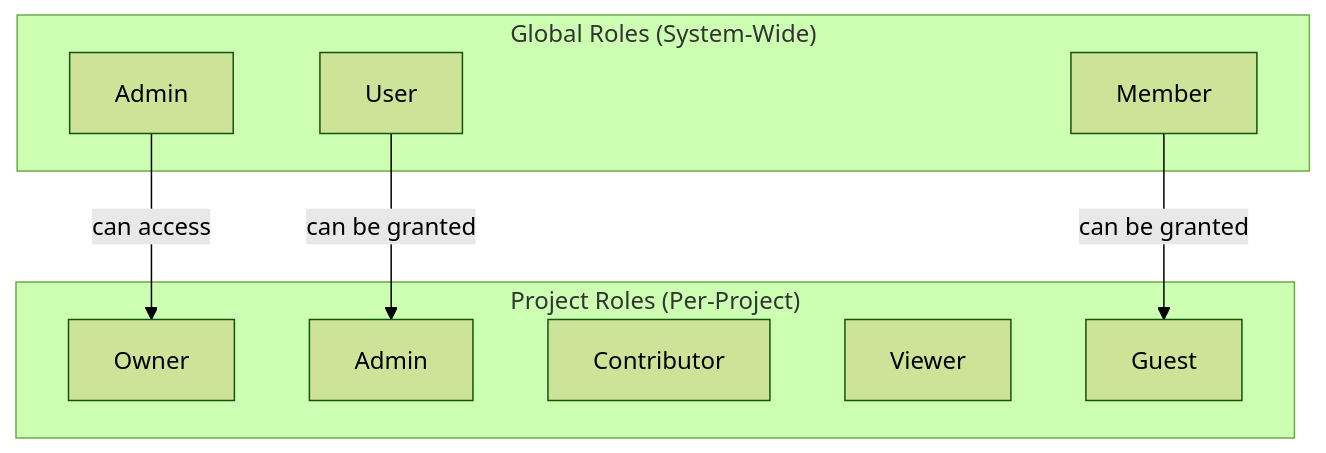
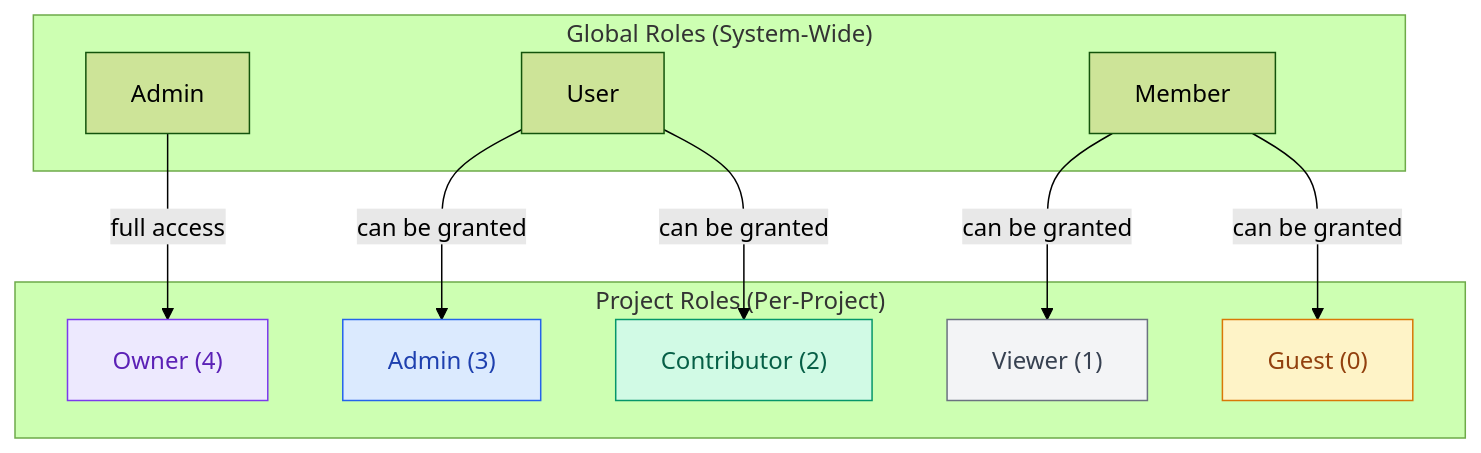
Before and after one commit to bffless/docs-public: the diagram in docs/features/authorization.md, drawn with Mermaid (forest theme).

Commit message:
docs: update authorization diagram to show guest role with colors
Add all 5 project roles with level numbers and color-coded styling.
Show clearer mapping from global roles to grantable project roles.

````diff
--- a/docs/features/authorization.md
+++ b/docs/features/authorization.md
@@ -13,20 +13,28 @@
 ```mermaid
 flowchart TB
     subgraph Global["Global Roles (System-Wide)"]
         admin[Admin]
         user[User]
         member[Member]
     end
 
     subgraph Project["Project Roles (Per-Project)"]
-        owner[Owner]
-        padmin[Admin]
-        contributor[Contributor]
-        viewer[Viewer]
-        guest[Guest]
+        owner["Owner (4)"]
+        padmin["Admin (3)"]
+        contributor["Contributor (2)"]
+        viewer["Viewer (1)"]
+        guest["Guest (0)"]
     end
 
-    admin --> |"can access"| owner
-    user --> |"can be granted"| padmin
-    member --> |"can be granted"| guest
+    admin -->|"full access"| owner
+    user -->|"can be granted"| padmin
+    user -->|"can be granted"| contributor
+    member -->|"can be granted"| viewer
+    member -->|"can be granted"| guest
+
+    style guest fill:#fef3c7,stroke:#d97706,color:#92400e
+    style viewer fill:#f3f4f6,stroke:#6b7280,color:#374151
+    style contributor fill:#d1fae5,stroke:#059669,color:#065f46
+    style padmin fill:#dbeafe,stroke:#2563eb,color:#1e40af
+    style owner fill:#ede9fe,stroke:#7c3aed,color:#5b21b6
 ```
````
